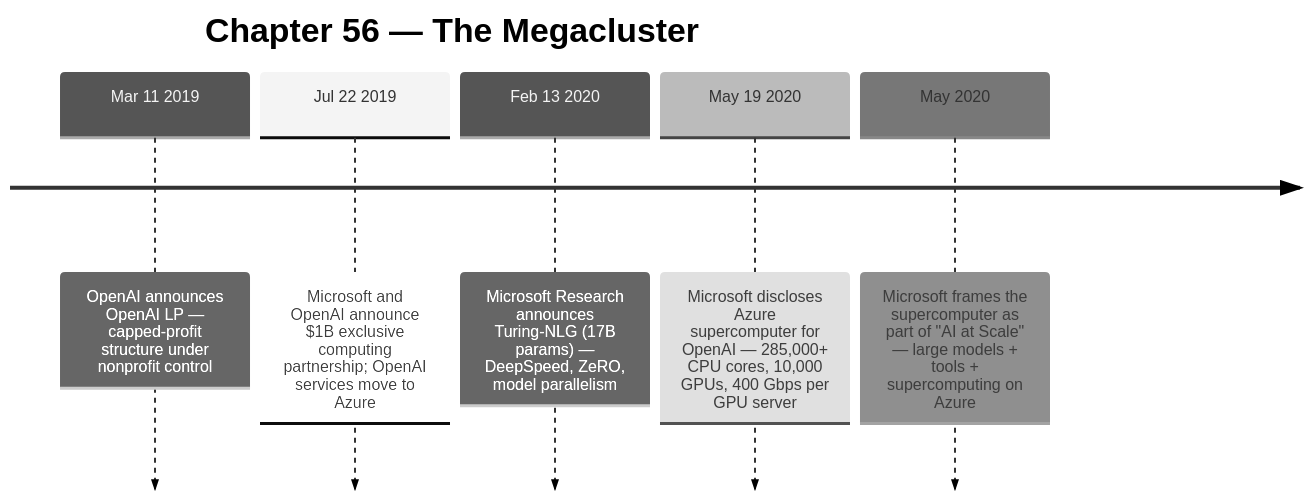
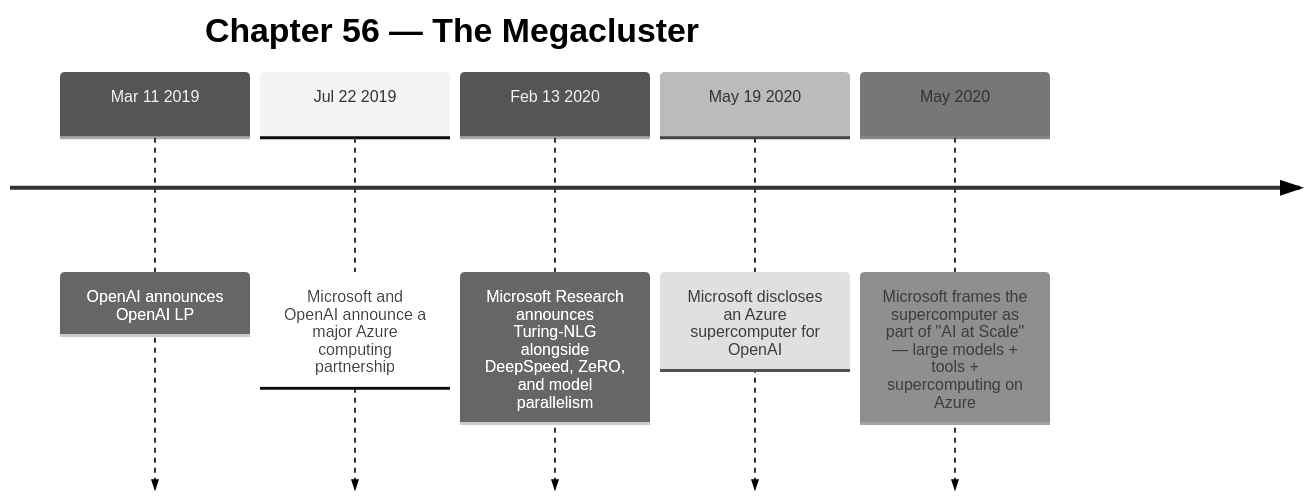
One commit to krisztiankoos/kubedojo changed the diagram in src/content/docs/ai-history/ch-56-the-megacluster.md. Above: the diagram before and after it, drawn with Mermaid (neutral theme). The commit also changed other lines of this file and 2 other files, not shown here.

Commit message:
docs(ai-history): trim Ch54-Ch56 repetition

````diff
--- a/src/content/docs/ai-history/ch-56-the-megacluster.md
+++ b/src/content/docs/ai-history/ch-56-the-megacluster.md
@@ -29,9 +29,9 @@
 ```mermaid
 timeline
     title Chapter 56 — The Megacluster
-    Mar 11 2019 : OpenAI announces OpenAI LP — capped-profit structure under nonprofit control
-    Jul 22 2019 : Microsoft and OpenAI announce $1B exclusive computing partnership; OpenAI services move to Azure
-    Feb 13 2020 : Microsoft Research announces Turing-NLG (17B params) — DeepSpeed, ZeRO, model parallelism
-    May 19 2020 : Microsoft discloses Azure supercomputer for OpenAI — 285,000+ CPU cores, 10,000 GPUs, 400 Gbps per GPU server
+    Mar 11 2019 : OpenAI announces OpenAI LP
+    Jul 22 2019 : Microsoft and OpenAI announce a major Azure computing partnership
+    Feb 13 2020 : Microsoft Research announces Turing-NLG alongside DeepSpeed, ZeRO, and model parallelism
+    May 19 2020 : Microsoft discloses an Azure supercomputer for OpenAI
     May 2020 : Microsoft frames the supercomputer as part of "AI at Scale" — large models + tools + supercomputing on Azure
 ```
````
